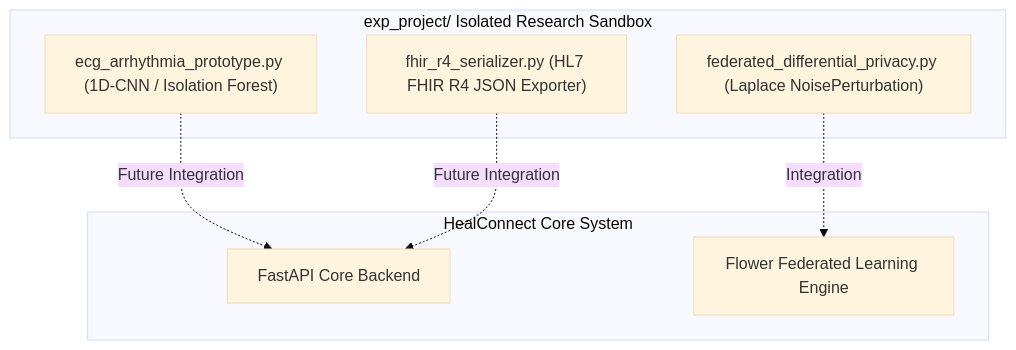
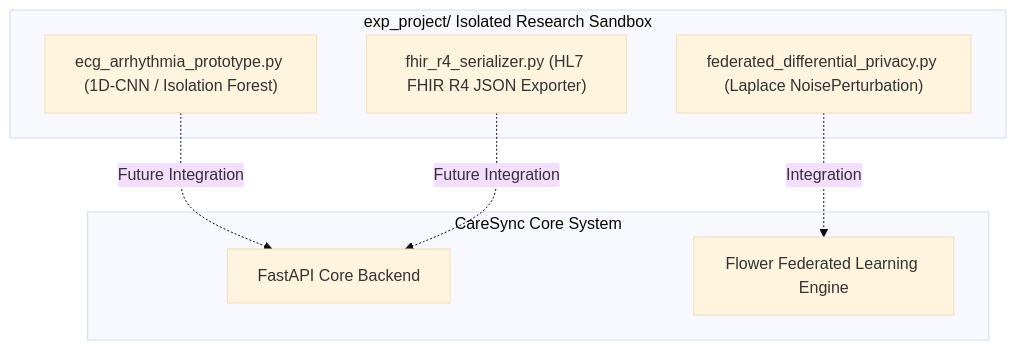
Before and after one commit to Pranjal-k22/CareSync: the diagram in architecture-project/21-exp-project-architecture.md, drawn with Mermaid (base theme). The commit also changed 46 other files, not shown here.

Commit message:
docs: update product branding to CareSync across project documentation

````diff
--- a/architecture-project/21-exp-project-architecture.md
+++ b/architecture-project/21-exp-project-architecture.md
@@ -6,17 +6,17 @@
 ```mermaid
 flowchart TD
     subgraph Exp_Lab["exp_project/ Isolated Research Sandbox"]
         CNN_Proto["ecg_arrhythmia_prototype.py (1D-CNN / Isolation Forest)"]
         FHIR_Proto["fhir_r4_serializer.py (HL7 FHIR R4 JSON Exporter)"]
         DP_Proto["federated_differential_privacy.py (Laplace NoisePerturbation)"]
     end
 
-    subgraph Main_System["HealConnect Core System"]
+    subgraph Main_System["CareSync Core System"]
         BackendAPI["FastAPI Core Backend"]
         FL_System["Flower Federated Learning Engine"]
     end
 
     CNN_Proto -.->|Future Integration| BackendAPI
     FHIR_Proto -.->|Future Integration| BackendAPI
     DP_Proto -.->|Integration| FL_System
 ```
````
